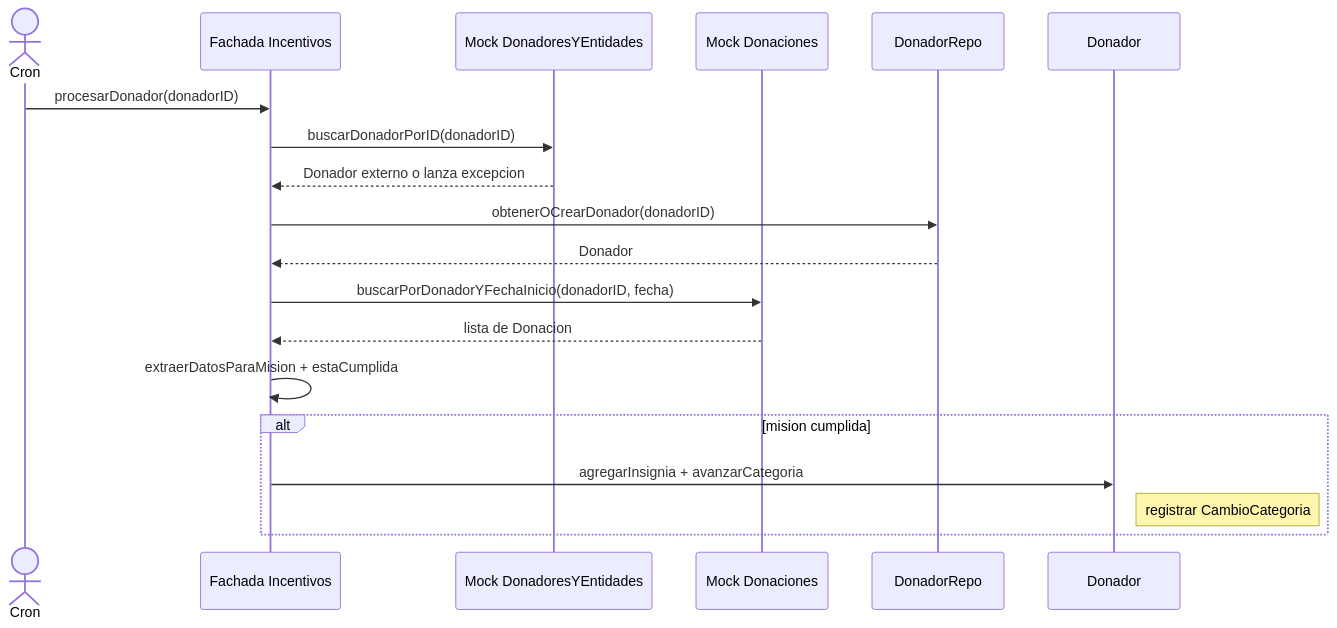
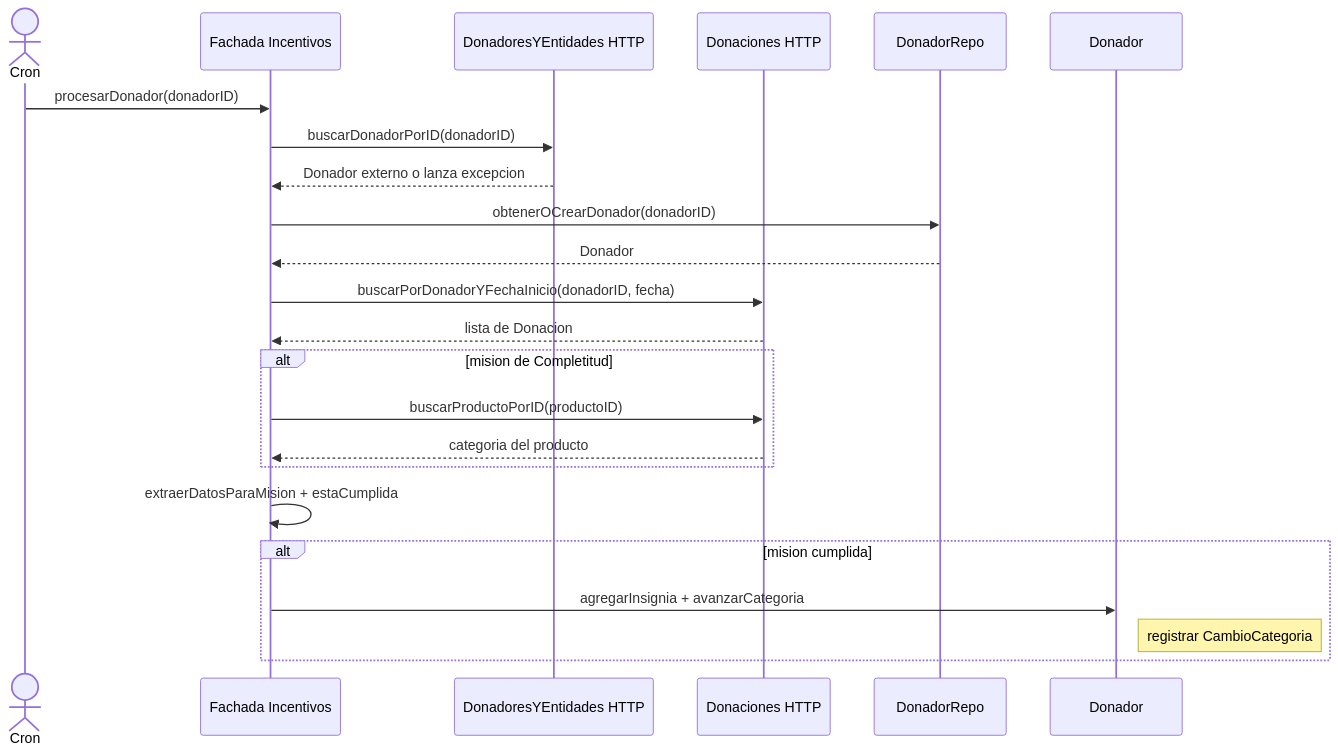
The third of 3 diagrams in docs/arquitectura.md (2026-ddsi-tpa-Jajava/Incentivos), drawn with Mermaid before and after one commit. The commit also changed other lines of this file and 6 other files, not shown here.

````diff
--- a/docs/arquitectura.md
+++ b/docs/arquitectura.md
@@ -82,22 +84,26 @@
 ```mermaid
 sequenceDiagram
     actor Cron
     participant F as Fachada Incentivos
-    participant DE as Mock DonadoresYEntidades
-    participant DON as Mock Donaciones
+    participant DE as DonadoresYEntidades HTTP
+    participant DON as Donaciones HTTP
     participant DR as DonadorRepo
     participant D as Donador
 
     Cron->>F: procesarDonador(donadorID)
     F->>DE: buscarDonadorPorID(donadorID)
     DE-->>F: Donador externo o lanza excepcion
     F->>DR: obtenerOCrearDonador(donadorID)
     DR-->>F: Donador
     F->>DON: buscarPorDonadorYFechaInicio(donadorID, fecha)
     DON-->>F: lista de Donacion
+    alt mision de Completitud
+        F->>DON: buscarProductoPorID(productoID)
+        DON-->>F: categoria del producto
+    end
     F->>F: extraerDatosParaMision + estaCumplida
     alt mision cumplida
         F->>D: agregarInsignia + avanzarCategoria
         Note right of D: registrar CambioCategoria
     end
 ```
````
